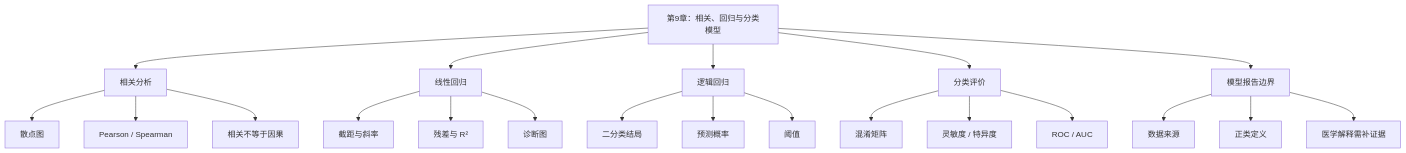
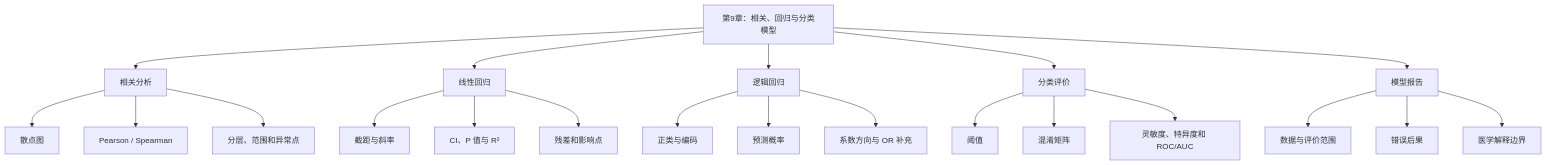
Before and after one commit to luvega/AI_MED_DataVis: the third of 3 diagrams in docs/chapters/chapter-9/index.md, drawn with Mermaid. The commit also changed other lines of this file and 84 other files, not shown here.

````diff
--- a/docs/chapters/chapter-9/index.md
+++ b/docs/chapters/chapter-9/index.md
@@ -507,23 +1032,23 @@
 ```mermaid
 flowchart TD
   A["第9章：相关、回归与分类模型"] --> B["相关分析"]
   B --> B1["散点图"]
   B --> B2["Pearson / Spearman"]
-  B --> B3["相关不等于因果"]
+  B --> B3["分层、范围和异常点"]
   A --> C["线性回归"]
   C --> C1["截距与斜率"]
-  C --> C2["残差与 R²"]
-  C --> C3["诊断图"]
+  C --> C2["CI、P 值与 R²"]
+  C --> C3["残差和影响点"]
   A --> D["逻辑回归"]
-  D --> D1["二分类结局"]
+  D --> D1["正类与编码"]
   D --> D2["预测概率"]
-  D --> D3["阈值"]
+  D --> D3["系数方向与 OR 补充"]
   A --> E["分类评价"]
-  E --> E1["混淆矩阵"]
-  E --> E2["灵敏度 / 特异度"]
-  E --> E3["ROC / AUC"]
-  A --> F["模型报告边界"]
-  F --> F1["数据来源"]
-  F --> F2["正类定义"]
-  F --> F3["医学解释需补证据"]
+  E --> E1["阈值"]
+  E --> E2["混淆矩阵"]
+  E --> E3["灵敏度、特异度和 ROC/AUC"]
+  A --> F["模型报告"]
+  F --> F1["数据与评价范围"]
+  F --> F2["错误后果"]
+  F --> F3["医学解释边界"]
 ```
````
